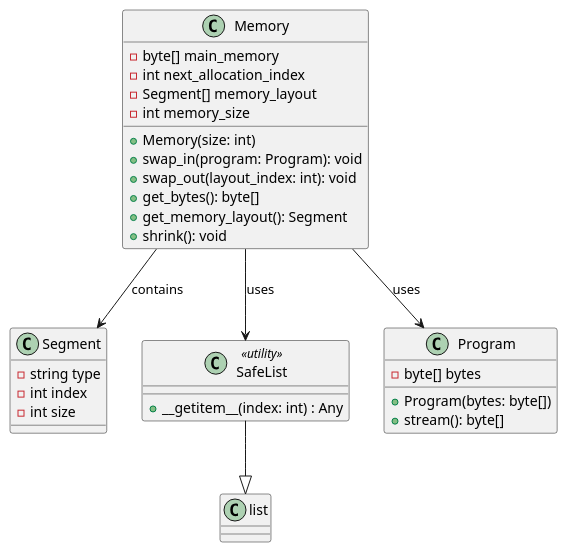
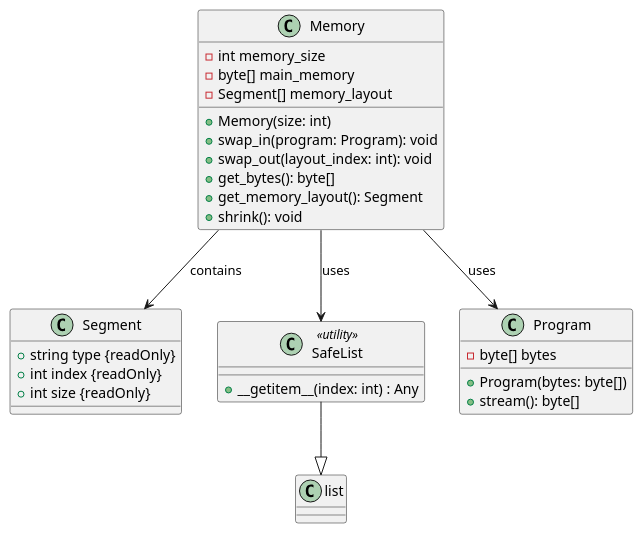
Before and after one commit to Caue-Aron/MEMSIM: the diagram in schema.puml, drawn with PlantUML. The commit also changed 2 other files, not shown here.

```diff
--- a/schema.puml
+++ b/schema.puml
@@ -1,37 +1,36 @@
 @startuml MEMSIM
 class Memory {
+    - int memory_size
     - byte[] main_memory
-    - int next_allocation_index
     - Segment[] memory_layout
-    - int memory_size
 
     + Memory(size: int)
     + swap_in(program: Program): void
     + swap_out(layout_index: int): void
     + get_bytes(): byte[]
     + get_memory_layout(): Segment
     + shrink(): void
 }
 
 class Segment {
-    - string type
-    - int index
-    - int size
+    + string type {readOnly}
+    + int index {readOnly}
+    + int size {readOnly}
 }
 
 class SafeList <<utility>> {
     + __getitem__(index: int) : Any
 }
 
 class Program {
     - byte[] bytes
 
     + Program(bytes: byte[])
     + stream(): byte[]
 }
 
 SafeList --|> list
 Memory --> Program : uses
 Memory --> SafeList : uses
 Memory --> Segment : contains
 @enduml
```
